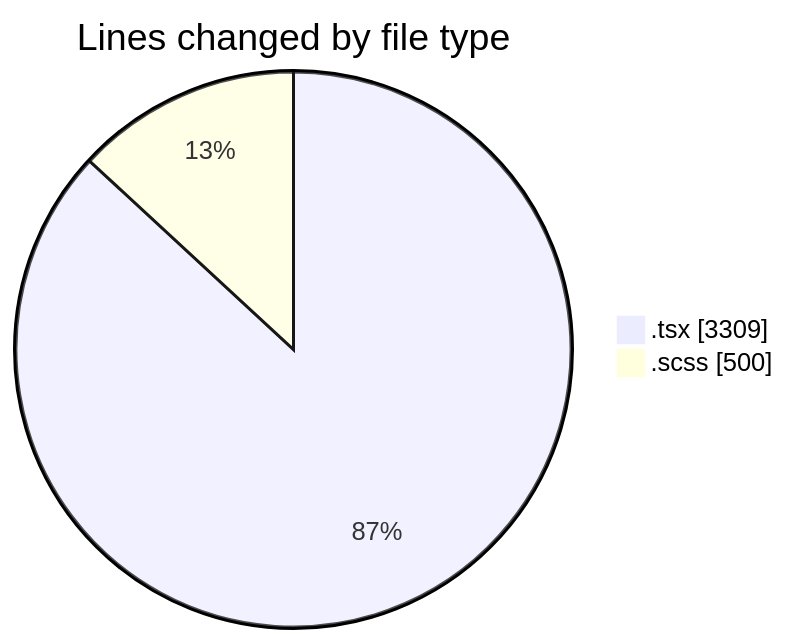
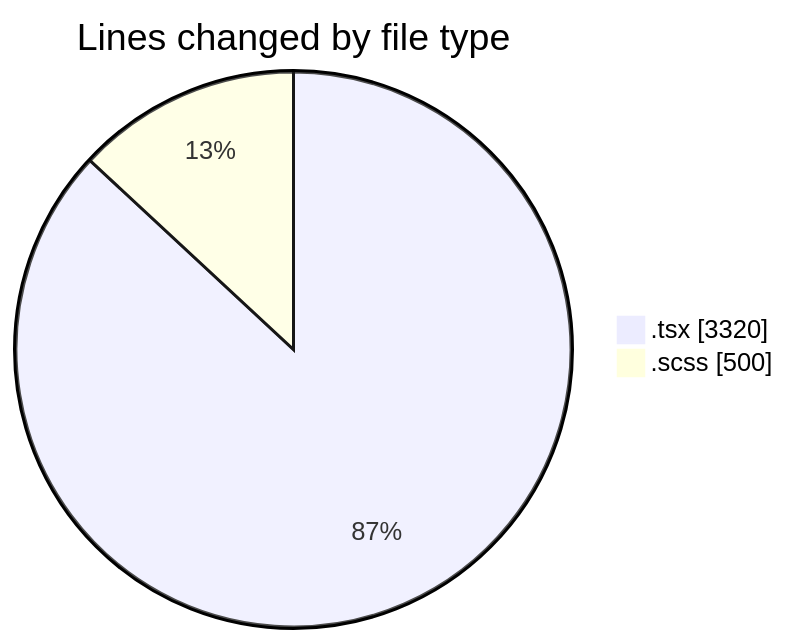
The first of 2 diagrams in 2025-04-10/cda/README.md (momahboobian/code-tracking), drawn with Mermaid before and after one commit. The commit also changed other lines of this file and 1 other file, not shown here.

````diff
--- a/2025-04-10/cda/README.md
+++ b/2025-04-10/cda/README.md
@@ -26,6 +26,6 @@
 ```mermaid
 pie showData
 title Lines changed by file type
-".tsx" : 3309
+".tsx" : 3320
 ".scss" : 500
 ```
````
